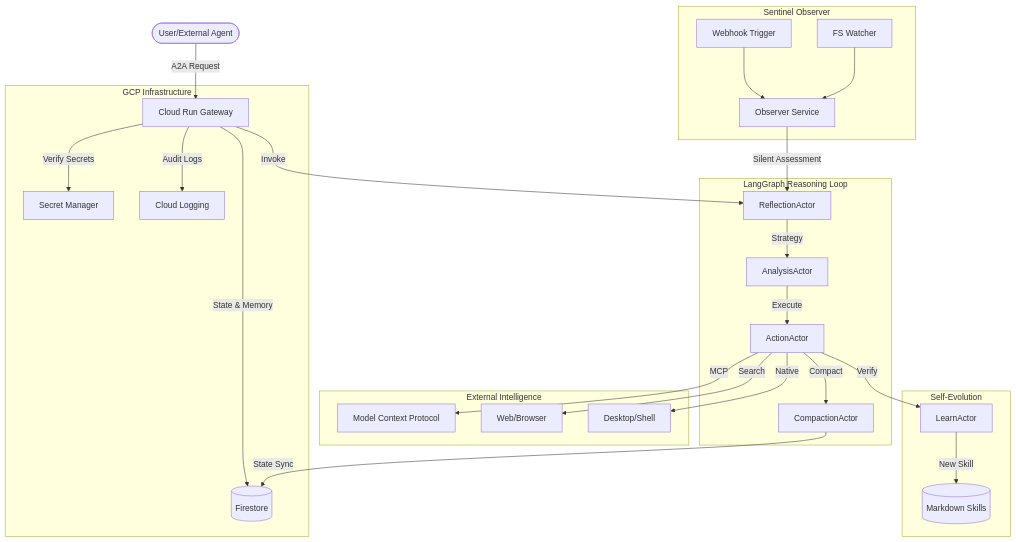
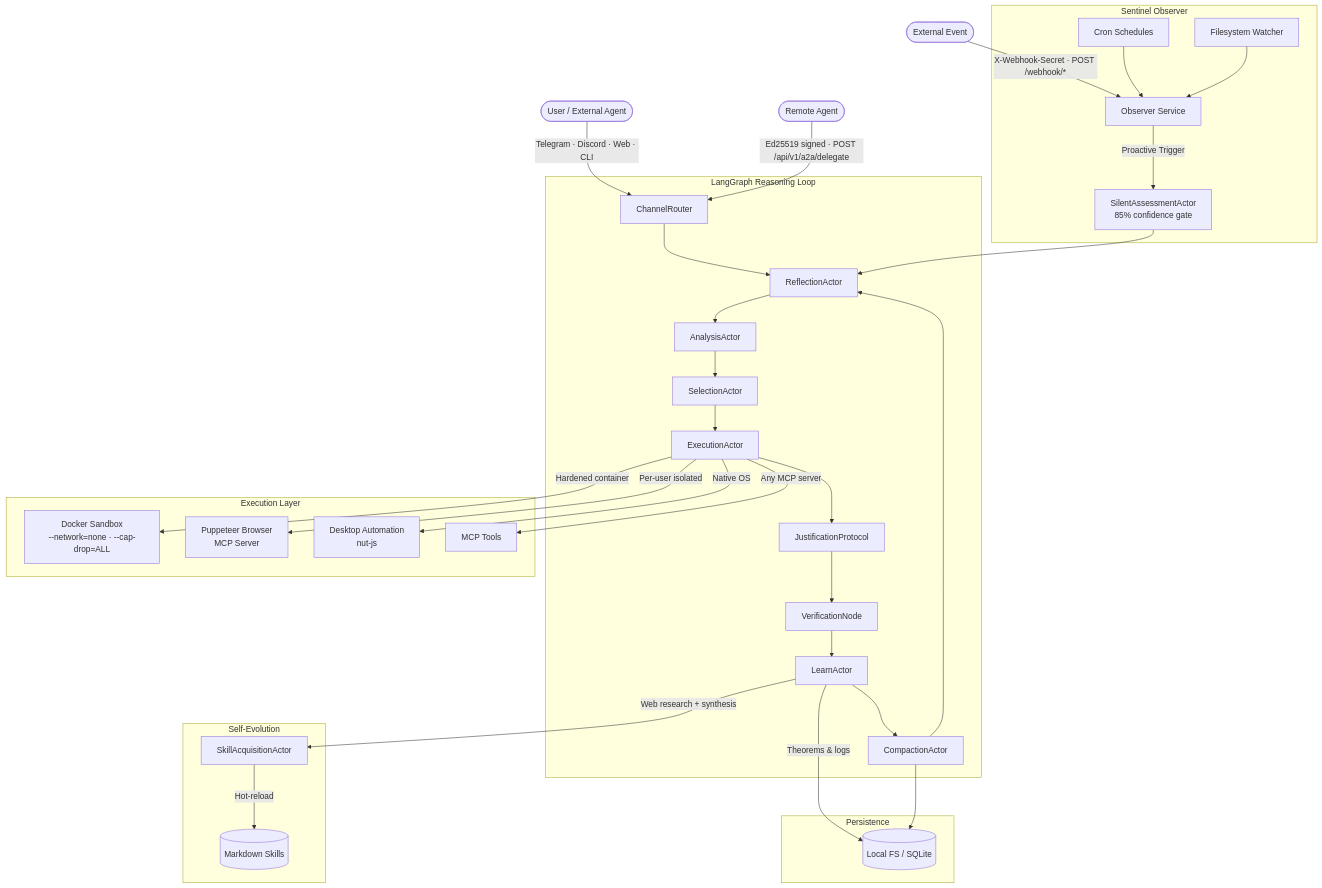
One commit to VectorZen217/MidpointX changed the diagram in README.md. Above: the diagram before and after it, drawn with Mermaid. The commit also changed other lines of this file, not shown here.

First line of the commit message:
docs: rewrite README to reflect self-contained, provider-agnostic architecture

````diff
--- a/README.md
+++ b/README.md
@@ -17,35 +40,43 @@
 ```mermaid
 graph TD
-    User([User/External Agent]) -->|A2A Request| Gateway[Cloud Run Gateway]
-    
-    subgraph GCP Infrastructure
-        Gateway -->|Verify Secrets| SM[Secret Manager]
-        Gateway -->|Audit Logs| CL[Cloud Logging]
-        Gateway -->|State & Memory| FS[(Firestore)]
-    end
+    User([User / External Agent]) -->|Telegram · Discord · Web · CLI| Router[ChannelRouter]
+    Agent([Remote Agent]) -->|Ed25519 signed · POST /api/v1/a2a/delegate| Router
+    Webhook([External Event]) -->|X-Webhook-Secret · POST /webhook/*| Sentinel
 
     subgraph Sentinel Observer
-        Webhooks[Webhook Trigger] --> Observer[Observer Service]
-        Filesystem[FS Watcher] --> Observer
+        Sentinel[Observer Service]
+        Cron[Cron Schedules] --> Sentinel
+        FSWatch[Filesystem Watcher] --> Sentinel
+        Sentinel -->|Proactive Trigger| SilentAssessment[SilentAssessmentActor\n85% confidence gate]
     end
 
     subgraph LangGraph Reasoning Loop
-        Gateway -->|Invoke| Reflect[ReflectionActor]
-        Observer -->|Silent Assessment| Reflect
-        Reflect -->|Strategy| Analyze[AnalysisActor]
-        Analyze -->|Execute| Action[ActionActor]
-        Action -->|Compact| Compact[CompactionActor]
-        Compact -->|State Sync| FS
+        Router --> Reflect[ReflectionActor]
+        SilentAssessment --> Reflect
+        Reflect --> Analyze[AnalysisActor]
+        Analyze --> Select[SelectionActor]
+        Select --> Execute[ExecutionActor]
+        Execute --> Justify[JustificationProtocol]
+        Justify --> Verify[VerificationNode]
+        Verify --> Learn[LearnActor]
+        Learn --> Compact[CompactionActor]
+        Compact --> Reflect
     end
 
-    subgraph External Intelligence
-        Action -->|MCP| Tools[Model Context Protocol]
-        Action -->|Search| Web[Web/Browser]
-        Action -->|Native| OS[Desktop/Shell]
+    subgraph Execution Layer
+        Execute -->|Hardened container| Sandbox[Docker Sandbox\n--network=none · --cap-drop=ALL]
+        Execute -->|Per-user isolated| Browser[Puppeteer Browser\nMCP Server]
+        Execute -->|Native OS| Desktop[Desktop Automation\nnut-js]
+        Execute -->|Any MCP server| MCP[MCP Tools]
     end
-    
+
+    subgraph Persistence
+        Learn -->|Theorems & logs| Store[(Local FS / SQLite)]
+        Compact --> Store
+    end
+
     subgraph Self-Evolution
-        Action -->|Verify| Learn[LearnActor]
-        Learn -->|New Skill| Memory[(Markdown Skills)]
+        Learn -->|Web research + synthesis| SkillAcq[SkillAcquisitionActor]
+        SkillAcq -->|Hot-reload| Skills[(Markdown Skills)]
     end
 ```
````
